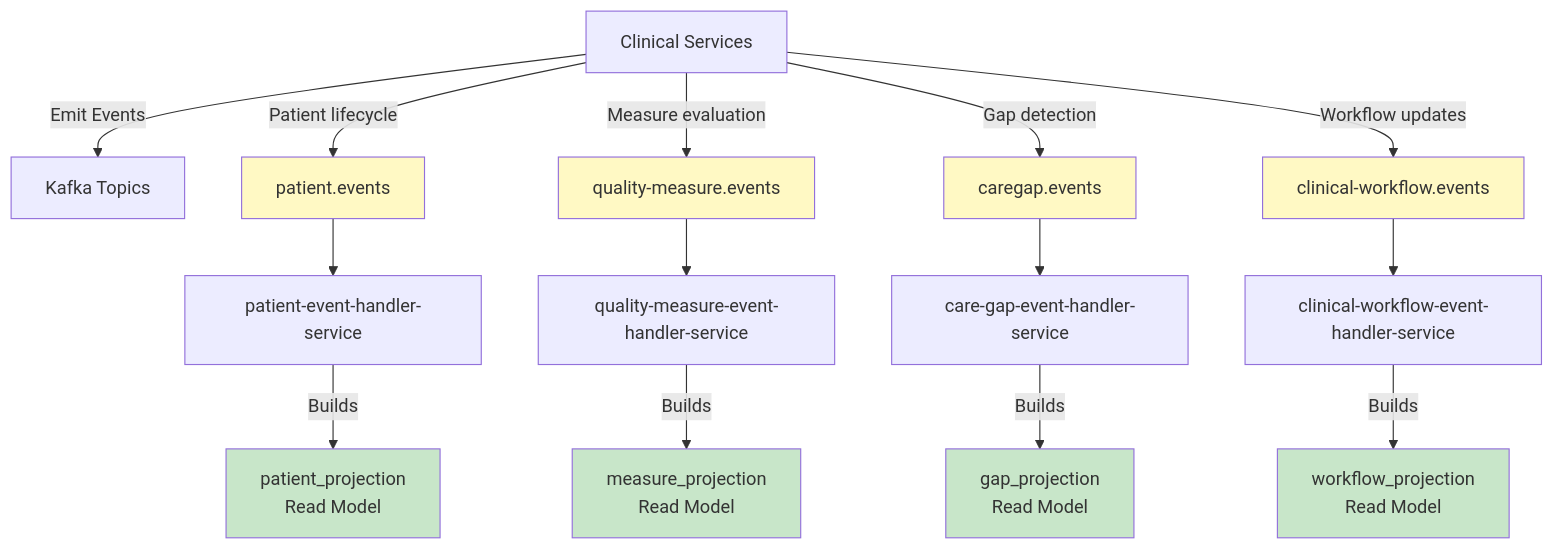
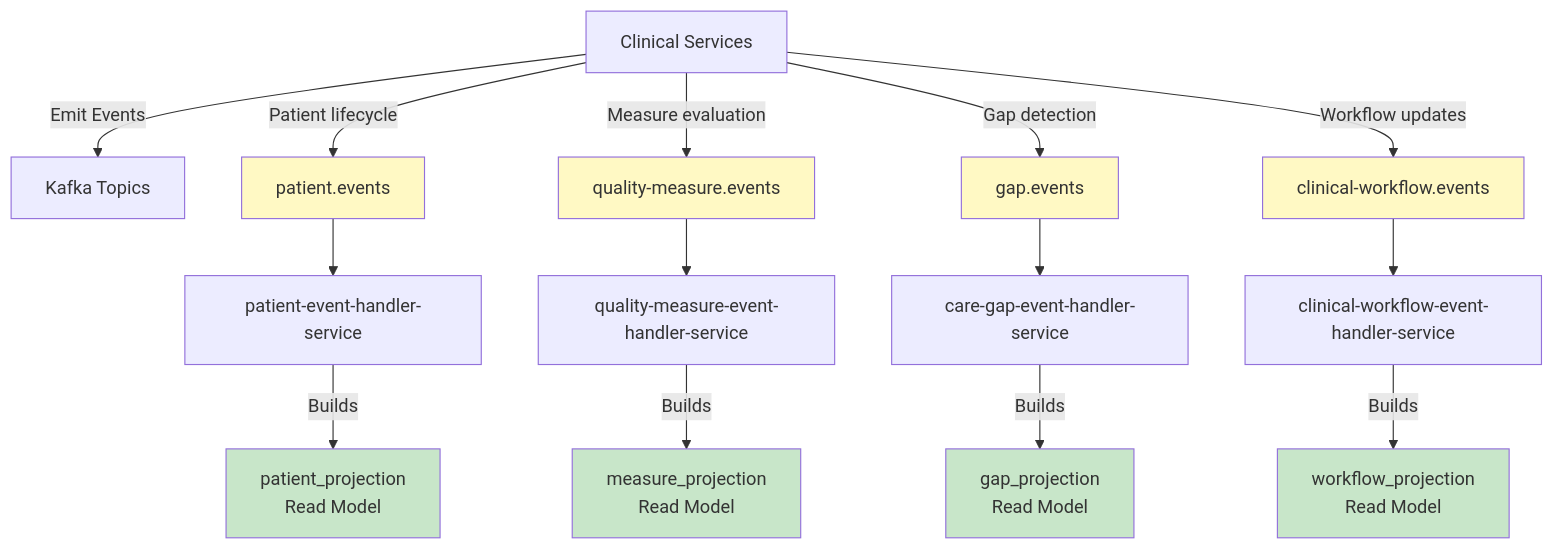
One commit to mahoosuc-solutions/hdim changed the third of 8 diagrams in docs/architecture/diagrams/system-overview.md. Above: the diagram before and after it, drawn with Mermaid. The commit also changed other lines of this file and 20 other files, not shown here.

First line of the commit message:
docs: update architecture, service catalog, runbooks, and release candidate docs

````diff
--- a/docs/architecture/diagrams/system-overview.md
+++ b/docs/architecture/diagrams/system-overview.md
@@ -94,28 +94,28 @@
 ```mermaid
 graph TB
     A["Clinical Services"] -->|"Emit Events"| B["Kafka Topics"]
 
     A -->|"Patient lifecycle"| B1["patient.events"]
     A -->|"Measure evaluation"| B2["quality-measure.events"]
-    A -->|"Gap detection"| B3["caregap.events"]
+    A -->|"Gap detection"| B3["gap.events"]
     A -->|"Workflow updates"| B4["clinical-workflow.events"]
 
     B1 --> C1["patient-event-handler-service"]
     B2 --> C2["quality-measure-event-handler-service"]
     B3 --> C3["care-gap-event-handler-service"]
     B4 --> C4["clinical-workflow-event-handler-service"]
 
     C1 -->|"Builds"| D1["patient_projection<br/>Read Model"]
     C2 -->|"Builds"| D2["measure_projection<br/>Read Model"]
     C3 -->|"Builds"| D3["gap_projection<br/>Read Model"]
     C4 -->|"Builds"| D4["workflow_projection<br/>Read Model"]
 
     style B1 fill:#fff9c4
     style B2 fill:#fff9c4
     style B3 fill:#fff9c4
     style B4 fill:#fff9c4
     style D1 fill:#c8e6c9
     style D2 fill:#c8e6c9
     style D3 fill:#c8e6c9
     style D4 fill:#c8e6c9
 ```
````
